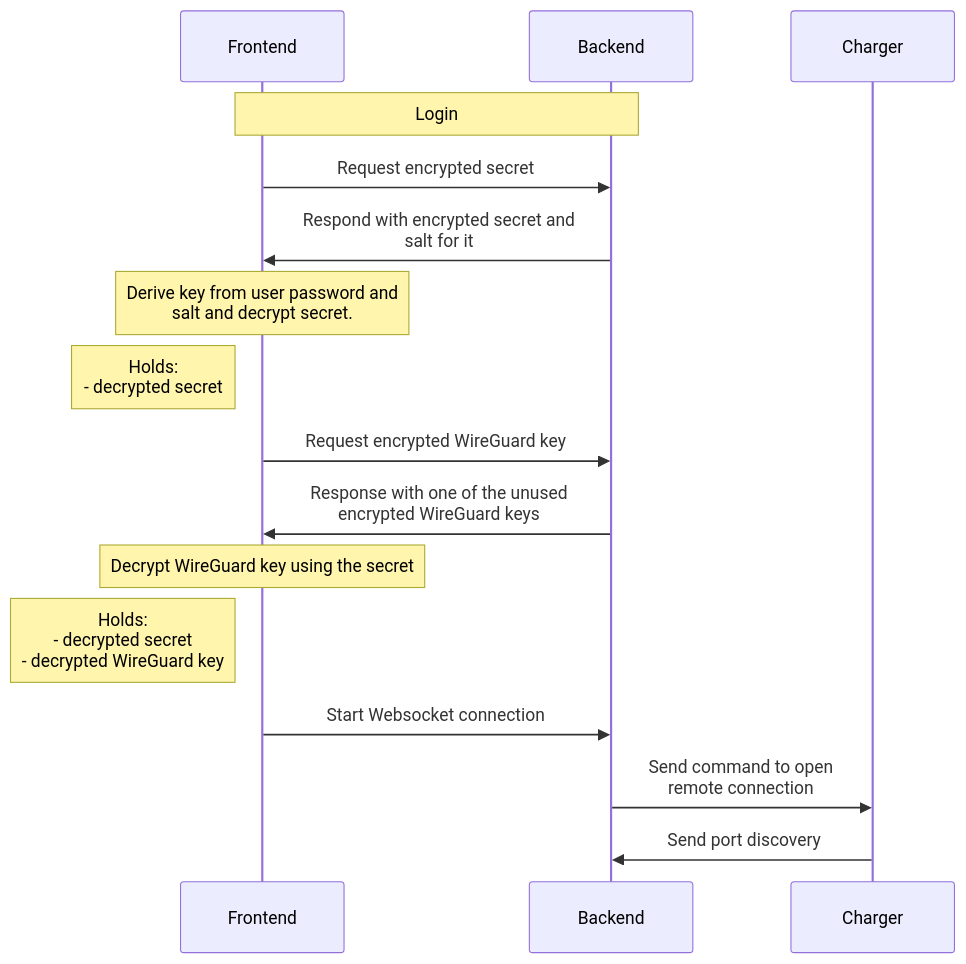
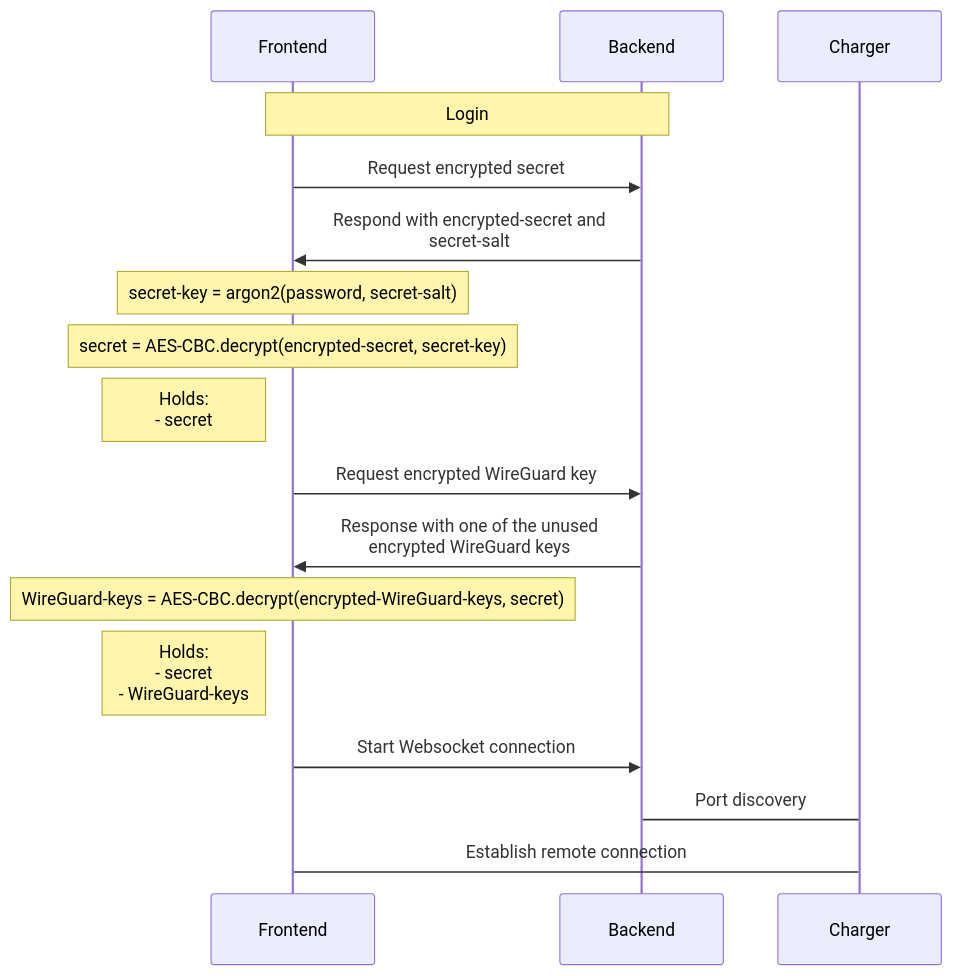
The eighth of 10 diagrams in sequence.md (Tinkerforge/esp32-remote-access), drawn with Mermaid before and after one commit. The commit also changed other lines of this file, not shown here.

````diff
--- a/sequence.md
+++ b/sequence.md
@@ -109,16 +166,23 @@
 ```mermaid
 sequenceDiagram
     Note over Frontend, Backend: Login
 
     Frontend->>Backend: Request encrypted secret
-    Backend->>Frontend: Respond with encrypted secret and <br> salt for it
-    Note over Frontend: Derive key from user password and <br> salt and decrypt secret.
-    Note left of Frontend: Holds: <br> - decrypted secret
+    Backend->>Frontend: Respond with encrypted-secret and <br> secret-salt
+
+    Note over Frontend: secret-key = argon2(password, secret-salt)
+    Note over Frontend: secret = AES-CBC.decrypt(encrypted-secret, secret-key)
+
+    Note left of Frontend: Holds: <br> - secret
+
     Frontend->>Backend: Request encrypted WireGuard key
     Backend->>Frontend: Response with one of the unused <br> encrypted WireGuard keys
-    Note over Frontend: Decrypt WireGuard key using the secret
-    Note left of Frontend: Holds: <br> - decrypted secret <br> - decrypted WireGuard key
+
+    Note over Frontend: WireGuard-keys = AES-CBC.decrypt(encrypted-WireGuard-keys, secret)
+
+    Note left of Frontend: Holds: <br> - secret <br> - WireGuard-keys
+
     Frontend->>Backend: Start Websocket connection
-    Backend->>Charger: Send command to open <br> remote connection
-    Charger->>Backend: Send port discovery
+    Backend->Charger: Port discovery
+    Frontend->Charger: Establish remote connection
 ```
````
